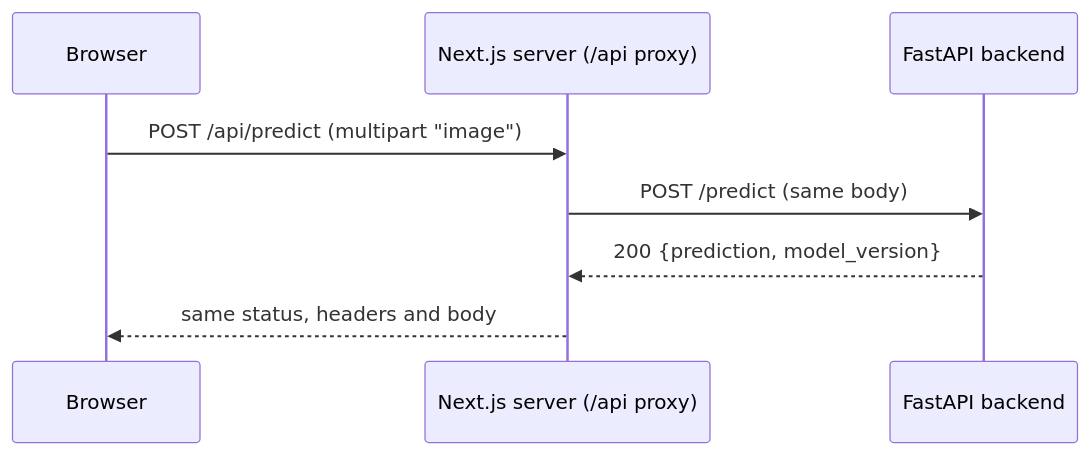
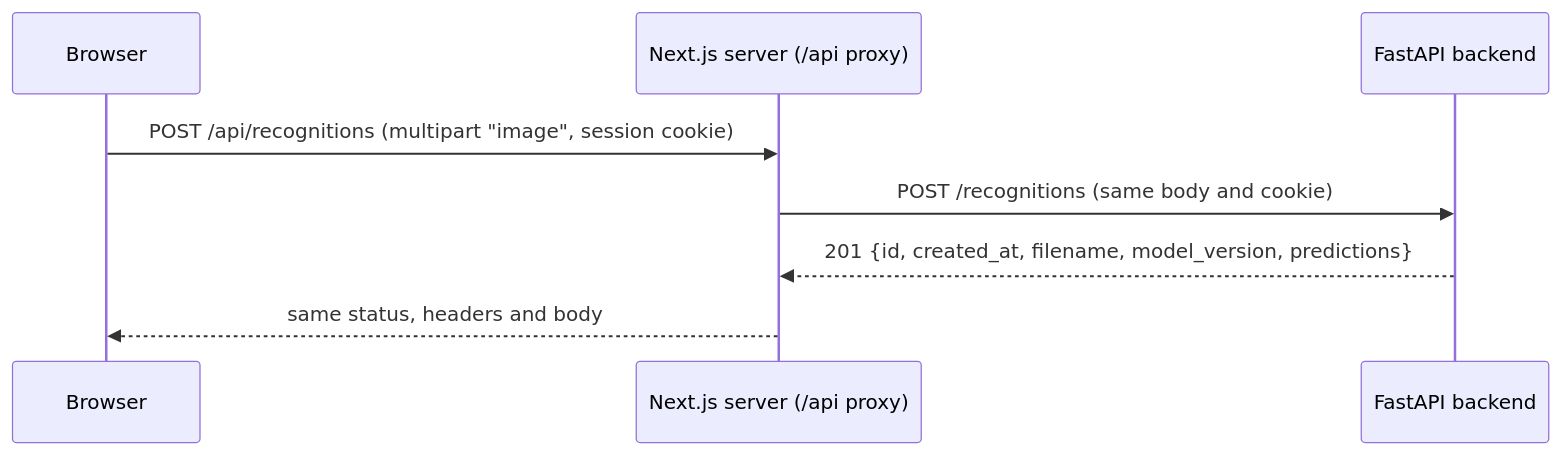
Before and after one commit to muhammadov-q/team4: the diagram in docs/architecture/frontend.md, drawn with Mermaid. The commit also changed other lines of this file and 34 other files, not shown here.

````diff
--- a/docs/architecture/frontend.md
+++ b/docs/architecture/frontend.md
@@ -7,10 +7,10 @@
 ```mermaid
 sequenceDiagram
     participant B as Browser
     participant N as Next.js server (/api proxy)
     participant F as FastAPI backend
-    B->>N: POST /api/predict (multipart "image")
-    N->>F: POST /predict (same body)
-    F-->>N: 200 {prediction, model_version}
+    B->>N: POST /api/recognitions (multipart "image", session cookie)
+    N->>F: POST /recognitions (same body and cookie)
+    F-->>N: 201 {id, created_at, filename, model_version, predictions}
     N-->>B: same status, headers and body
 ```
````
